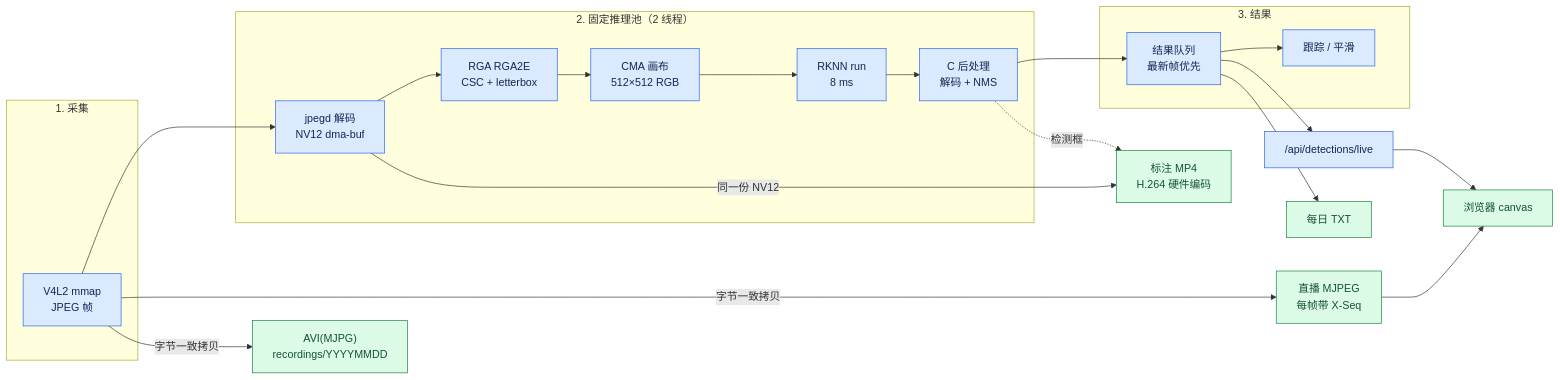
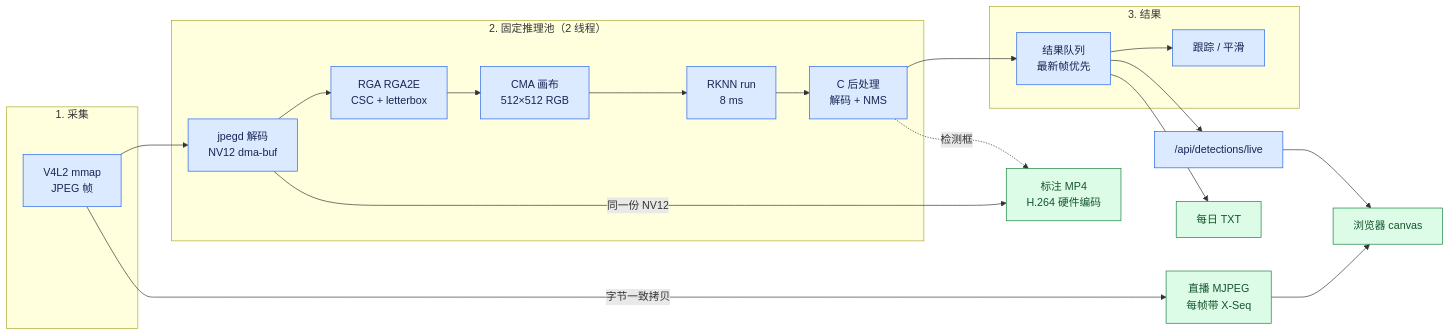
Before and after one commit to qianruo-orange/autonomous-driving-car: the second of 6 diagrams in README.md, drawn with Mermaid. The commit also changed other lines of this file, not shown here.

````diff
--- a/README.md
+++ b/README.md
@@ -79,29 +79,28 @@
 ```mermaid
 flowchart LR
     subgraph Capture["1. 采集"]
         Raw["V4L2 mmap<br/>JPEG 帧"]
     end
     subgraph Infer["2. 固定推理池（2 线程）"]
         Nv12["jpegd 解码<br/>NV12 dma-buf"] --> Rga["RGA RGA2E<br/>CSC + letterbox"]
         Rga --> Canvas["CMA 画布<br/>512×512 RGB"]
         Canvas --> Npu["RKNN run<br/>8 ms"]
         Npu --> Post["C 后处理<br/>解码 + NMS"]
     end
     subgraph Render["3. 结果"]
         Latest["结果队列<br/>最新帧优先"] --> Track["跟踪 / 平滑"]
     end
     Raw --> Nv12
     Post --> Latest
     Raw -->|字节一致拷贝| Live["直播 MJPEG<br/>每帧带 X-Seq"]
-    Raw -->|字节一致拷贝| AVI["AVI(MJPG)<br/>recordings/YYYYMMDD"]
     Nv12 -->|同一份 NV12| Annot["标注 MP4<br/>H.264 硬件编码"]
     Post -.->|检测框| Annot
     Latest --> Api["/api/detections/live"]
     Api --> Browser["浏览器 canvas"]
     Live --> Browser
     Latest --> Reports["每日 TXT"]
     classDef process fill:#dbeafe,stroke:#2563eb,color:#172554
     classDef output fill:#dcfce7,stroke:#15803d,color:#14532d
     class Raw,Nv12,Rga,Canvas,Npu,Post,Latest,Track,Api process
-    class Live,AVI,Annot,Browser,Reports output
+    class Live,Annot,Browser,Reports output
 ```
````
